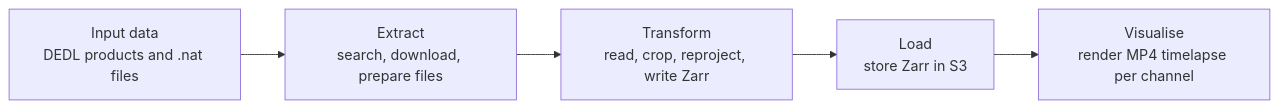
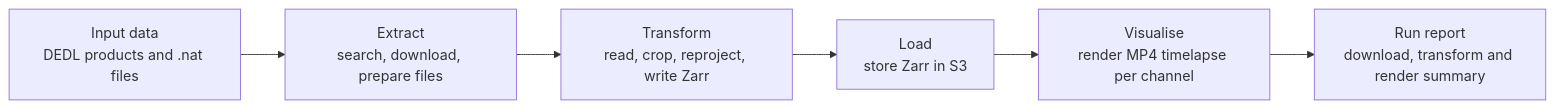
Before and after one commit to destination-earth/DestinE-DataLake-Lab: the diagram in HOOK/Data_Processing_Alternatives/airflow/airflow-getting-started/docs/demo2_overview.md, drawn with Mermaid. The commit also changed other lines of this file and 3 other files, not shown here.

````diff
--- a/HOOK/Data_Processing_Alternatives/airflow/airflow-getting-started/docs/demo2_overview.md
+++ b/HOOK/Data_Processing_Alternatives/airflow/airflow-getting-started/docs/demo2_overview.md
@@ -7,7 +7,8 @@
 ```mermaid
 flowchart LR
     A[Input data<br/>DEDL products and .nat files] --> B[Extract<br/>search, download, prepare files]
     B --> C[Transform<br/>read, crop, reproject, write Zarr]
     C --> D[Load<br/>store Zarr in S3]
     D --> E[Visualise<br/>render MP4 timelapse per channel]
+    E --> F[Run report<br/>download, transform and render summary]
 ```
````
